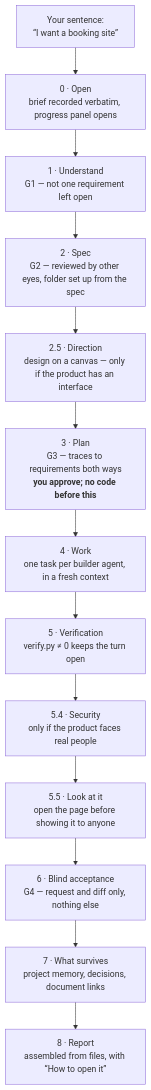
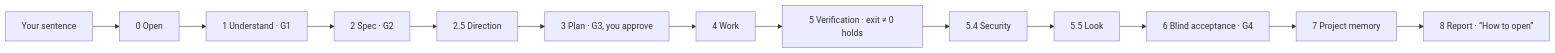
Before and after one commit to edvardgrishin27/superstack-plugin: the diagram in README.en.md, drawn with Mermaid. The commit also changed other lines of this file and 43 other files, not shown here.

````diff
--- a/README.en.md
+++ b/README.en.md
@@ -151,15 +151,17 @@
 ```mermaid
-flowchart TD
-    A["Your sentence:<br/>“I want a booking site”"] --> B["0 · Open<br/>brief recorded verbatim, progress panel opens"]
-    B --> C["1 · Understand<br/>G1 — not one requirement left open"]
-    C --> D["2 · Spec<br/>G2 — reviewed by other eyes, folder set up from the spec"]
-    D --> E["2.5 · Direction<br/>design on a canvas — only if the product has an interface"]
-    E --> F["3 · Plan<br/>G3 — traces to requirements both ways<br/><b>you approve; no code before this</b>"]
-    F --> G["4 · Work<br/>one task per builder agent, in a fresh context"]
-    G --> H["5 · Verification<br/>verify.py ≠ 0 keeps the turn open"]
-    H --> I["5.4 · Security<br/>only if the product faces real people"]
-    I --> J["5.5 · Look at it<br/>open the page before showing it to anyone"]
-    J --> K["6 · Blind acceptance<br/>G4 — request and diff only, nothing else"]
-    K --> L["7 · What survives<br/>project memory, decisions, document links"]
-    L --> M["8 · Report<br/>assembled from files, with “How to open it”"]
+flowchart LR
+    A["Your sentence"]
+    B["0 Open"]
+    C["1 Understand · G1"]
+    D["2 Spec · G2"]
+    E["2.5 Direction"]
+    F["3 Plan · G3, you approve"]
+    G["4 Work"]
+    H["5 Verification · exit ≠ 0 holds"]
+    I["5.4 Security"]
+    J["5.5 Look"]
+    K["6 Blind acceptance · G4"]
+    L["7 Project memory"]
+    M["8 Report · “How to open”"]
+    A --> B --> C --> D --> E --> F --> G --> H --> I --> J --> K --> L --> M
 ```
````
